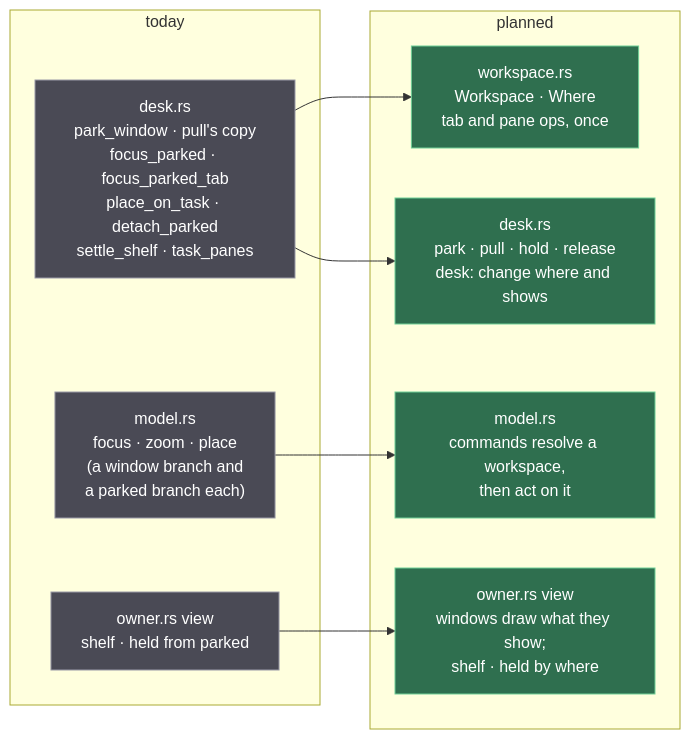
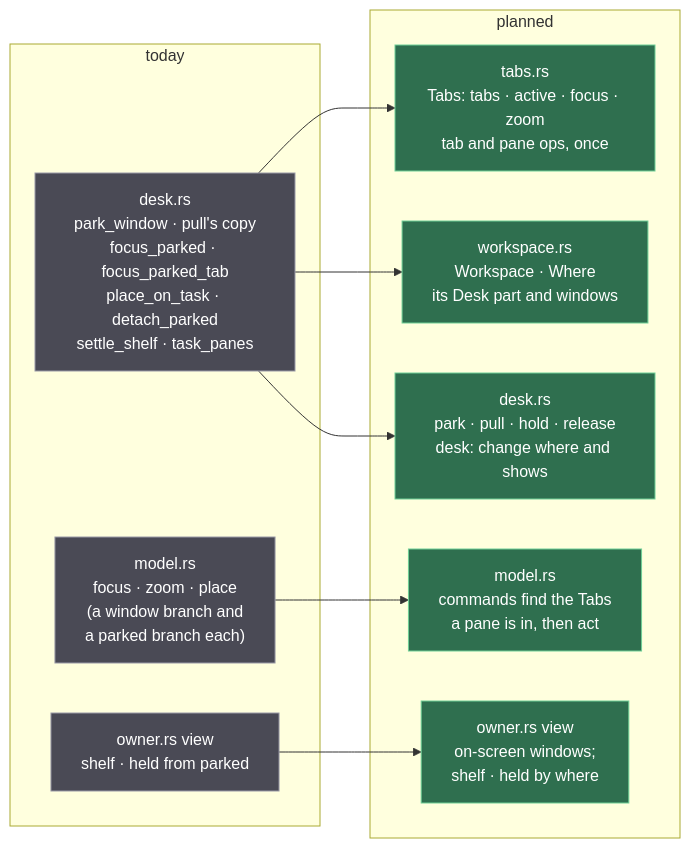
Before and after one commit to jemdiggity/kanna-v4: the third of 3 diagrams in docs/specs/workspaces.md, drawn with Mermaid. The commit also changed other lines of this file and 2 other files, not shown here.

````diff
--- a/docs/specs/workspaces.md
+++ b/docs/specs/workspaces.md
@@ -155,21 +170,22 @@
 ```mermaid
 flowchart LR
     subgraph NOW["today"]
         D["desk.rs<br/>park_window · pull's copy<br/>focus_parked · focus_parked_tab<br/>place_on_task · detach_parked<br/>settle_shelf · task_panes"]
         M["model.rs<br/>focus · zoom · place<br/>(a window branch and<br/>a parked branch each)"]
         O["owner.rs view<br/>shelf · held from parked"]
     end
     subgraph NEXT["planned"]
-        WS["workspace.rs<br/>Workspace · Where<br/>tab and pane ops, once"]
+        T["tabs.rs<br/>Tabs: tabs · active · focus · zoom<br/>tab and pane ops, once"]
+        WS["workspace.rs<br/>Workspace · Where<br/>its Desk part and windows"]
         D2["desk.rs<br/>park · pull · hold · release<br/>desk: change where and shows"]
-        M2["model.rs<br/>commands resolve a workspace,<br/>then act on it"]
-        O2["owner.rs view<br/>windows draw what they show;<br/>shelf · held by where"]
+        M2["model.rs<br/>commands find the Tabs<br/>a pane is in, then act"]
+        O2["owner.rs view<br/>on-screen windows;<br/>shelf · held by where"]
     end
-    D --> WS & D2
+    D --> T & WS & D2
     M --> M2
     O --> O2
     classDef old fill:#4a4a55,stroke:#9a9aa8,color:#ffffff
     classDef ours fill:#2f6f4f,stroke:#6fcf97,color:#ffffff
     class D,M,O old
-    class WS,D2,M2,O2 ours
+    class T,WS,D2,M2,O2 ours
 ```
````
